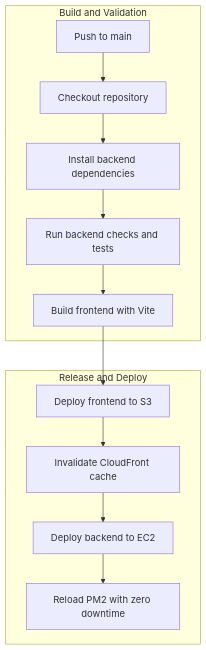
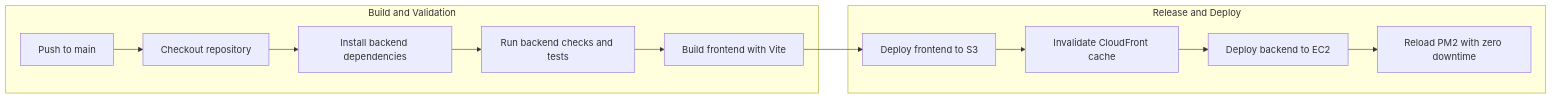
The third of 4 diagrams in README.md (Lipika-M/AI_JOURNAL), drawn with Mermaid before and after one commit. The commit also changed other lines of this file, not shown here.

Commit message:
docs: rebrand project to Solace and enhance README architecture documentation [skip ci]

````diff
--- a/README.md
+++ b/README.md
@@ -153,19 +135,12 @@
 ```mermaid
-flowchart TD
-        subgraph Build[Build and Validation]
-                A[Push to main] --> B[Checkout repository]
-                B --> C[Install backend dependencies]
-                C --> D[Run backend checks and tests]
-                D --> E[Build frontend with Vite]
-        end
+flowchart LR
+    subgraph Build[Build and Validation]
+        A[Push to main] --> B[Checkout repository] --> C[Install backend dependencies] --> D[Run backend checks and tests] --> E[Build frontend with Vite]
+    end
 
-        subgraph Release[Release and Deploy]
-                F[Deploy frontend to S3]
-                G[Invalidate CloudFront cache]
-                H[Deploy backend to EC2]
-                I[Reload PM2 with zero downtime]
-                F --> G --> H --> I
-        end
+    subgraph Release[Release and Deploy]
+        F[Deploy frontend to S3] --> G[Invalidate CloudFront cache] --> H[Deploy backend to EC2] --> I[Reload PM2 with zero downtime]
+    end
 
-        E --> F
+    E --> F
 ```
````
